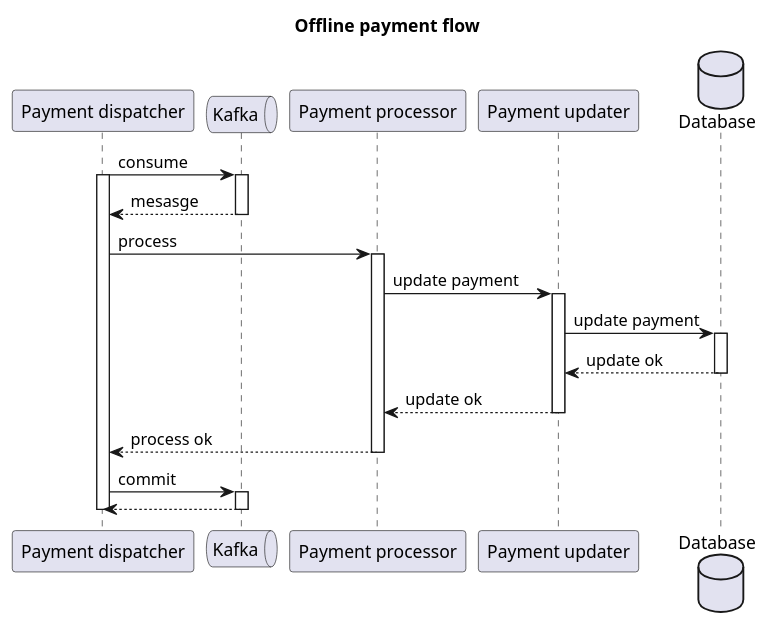
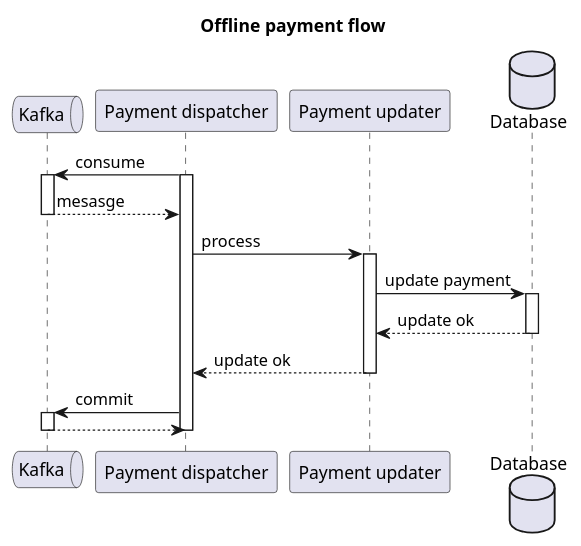
The diagram in diagrams/offline_secuence.puml (txor/acme-payment-system), drawn with PlantUML before and after one commit. The commit also changed 2 other files, not shown here.

Commit message:
Updated design diagrams for a multipurpose Payment dispatcher.

```diff
--- a/diagrams/offline_secuence.puml
+++ b/diagrams/offline_secuence.puml
@@ -1,34 +1,29 @@
 @startuml
 
 Title Offline payment flow
 
+queue "Kafka" as K
 participant "Payment dispatcher" as PD
-queue "Kafka" as K
-participant "Payment processor" as PP
 participant "Payment updater" as PU
 database "Database" as DB
 
 PD -> K: consume
 activate PD
 activate K
 K --> PD: mesasge
 deactivate K
-PD -> PP: process
-activate PP
-PP -> PU: update payment
+PD -> PU: process
 activate PU
 PU -> DB: update payment
 activate DB
 DB --> PU: update ok
 deactivate DB
-PU --> PP: update ok
+PU --> PD: update ok
 deactivate PU
-PP --> PD: process ok
-deactivate PP
 PD -> K: commit
 activate K
 K --> PD
 deactivate K
 deactivate PD
 
 @enduml
```
